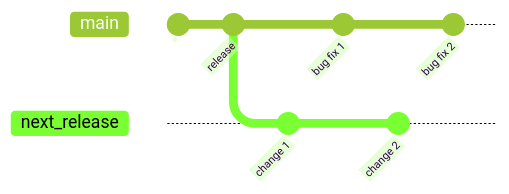
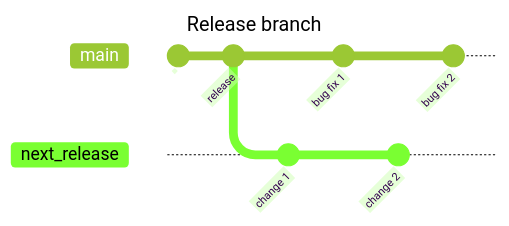
One commit to edinburgh-napier/SET09102 changed the first of 3 diagrams in notes/unit2_processes/branching.md. Above: the diagram before and after it, drawn with Mermaid (forest theme).

Commit message:
Version control

````diff
--- a/notes/unit2_processes/branching.md
+++ b/notes/unit2_processes/branching.md
@@ -42,14 +39,17 @@
 ``` mermaid
+---
+title: Release branch
+---
 gitGraph
     commit id: " "
     commit id: "release"
     branch next_release
     checkout next_release
     commit id: "change 1"
     checkout main
     commit id: "bug fix 1"
     checkout next_release
     commit id: "change 2"
     checkout main
 commit id: "bug fix 2"
 ```
````
